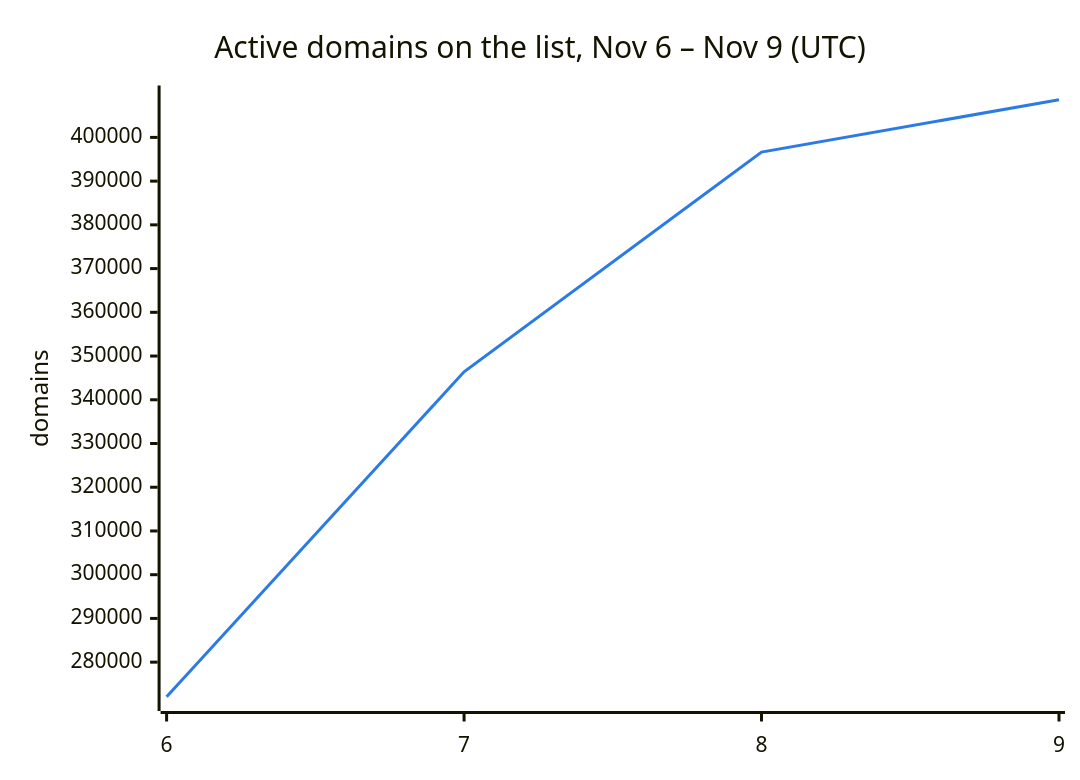
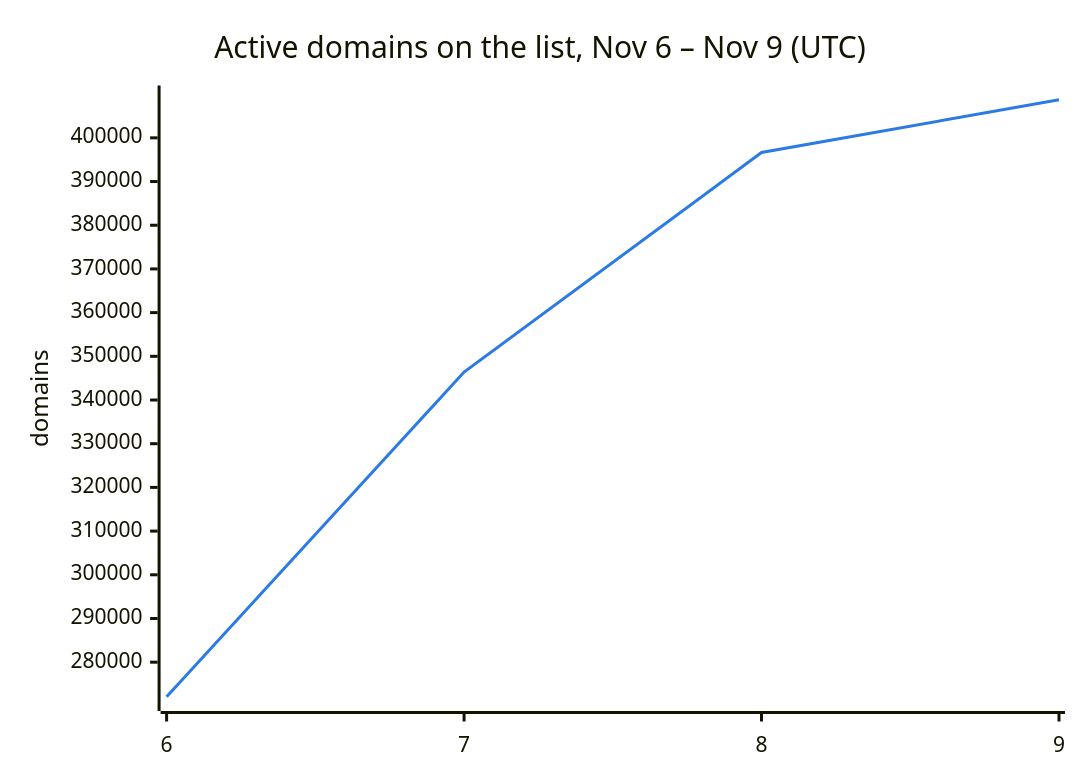
Before and after one commit to DNSBunker/CTI: the second of 3 diagrams in README.md, drawn with Mermaid. The commit also changed other lines of this file and 3 other files, not shown here.

````diff
--- a/README.md
+++ b/README.md
@@ -38,8 +38,8 @@
 ```mermaid
 %%{init: {"themeVariables": {"xyChart": {"plotColorPalette": "#2c7be5"}}}}%%
 xychart-beta
     title "Active domains on the list, Nov 6 – Nov 9 (UTC)"
     x-axis ["6", "7", "8", "9"]
     y-axis "domains"
-    line [272088, 346388, 396638, 408610]
+    line [272088, 346388, 396638, 408719]
 ```
````
